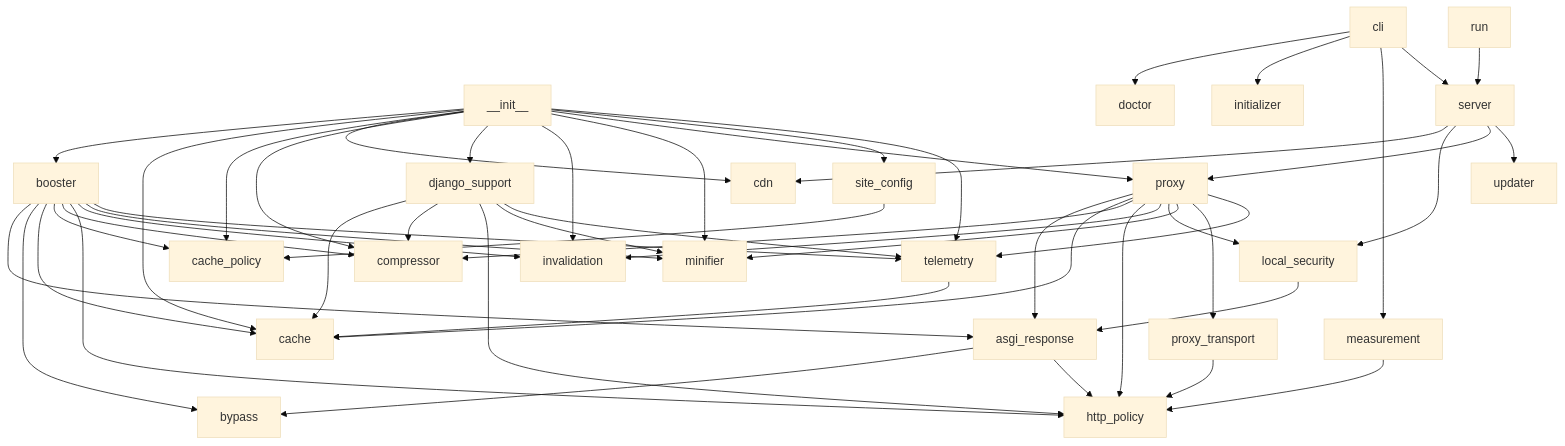
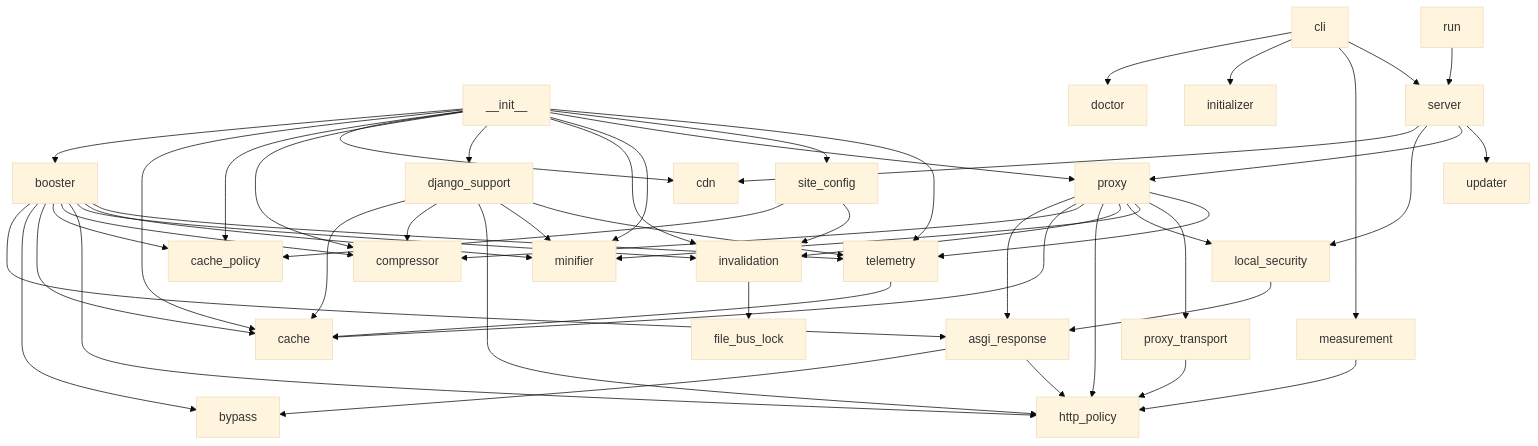
Before and after one commit to Gaazi/booster: the diagram in CODEMAP.md, drawn with Mermaid (base theme). The commit also changed other lines of this file and 38 other files, not shown here.

````diff
--- a/CODEMAP.md
+++ b/CODEMAP.md
@@ -447,53 +466,55 @@
 ```mermaid
 graph TD
   __init__ --> booster
   __init__ --> cache
   __init__ --> cache_policy
   __init__ --> cdn
   __init__ --> compressor
   __init__ --> django_support
   __init__ --> invalidation
   __init__ --> minifier
   __init__ --> proxy
   __init__ --> site_config
   __init__ --> telemetry
   asgi_response --> bypass
   asgi_response --> http_policy
   booster --> asgi_response
   booster --> bypass
   booster --> cache
   booster --> cache_policy
   booster --> compressor
   booster --> http_policy
   booster --> invalidation
   booster --> minifier
   booster --> telemetry
   cli --> doctor
   cli --> initializer
   cli --> measurement
   cli --> server
   django_support --> cache
   django_support --> compressor
   django_support --> http_policy
   django_support --> minifier
   django_support --> telemetry
+  invalidation --> file_bus_lock
   local_security --> asgi_response
   measurement --> http_policy
   proxy --> asgi_response
   proxy --> cache
   proxy --> compressor
   proxy --> http_policy
   proxy --> invalidation
   proxy --> local_security
   proxy --> minifier
   proxy --> proxy_transport
   proxy --> telemetry
   proxy_transport --> http_policy
   run --> server
   server --> cdn
   server --> local_security
   server --> proxy
   server --> updater
   site_config --> cache_policy
+  site_config --> invalidation
   telemetry --> cache
 ```
````
